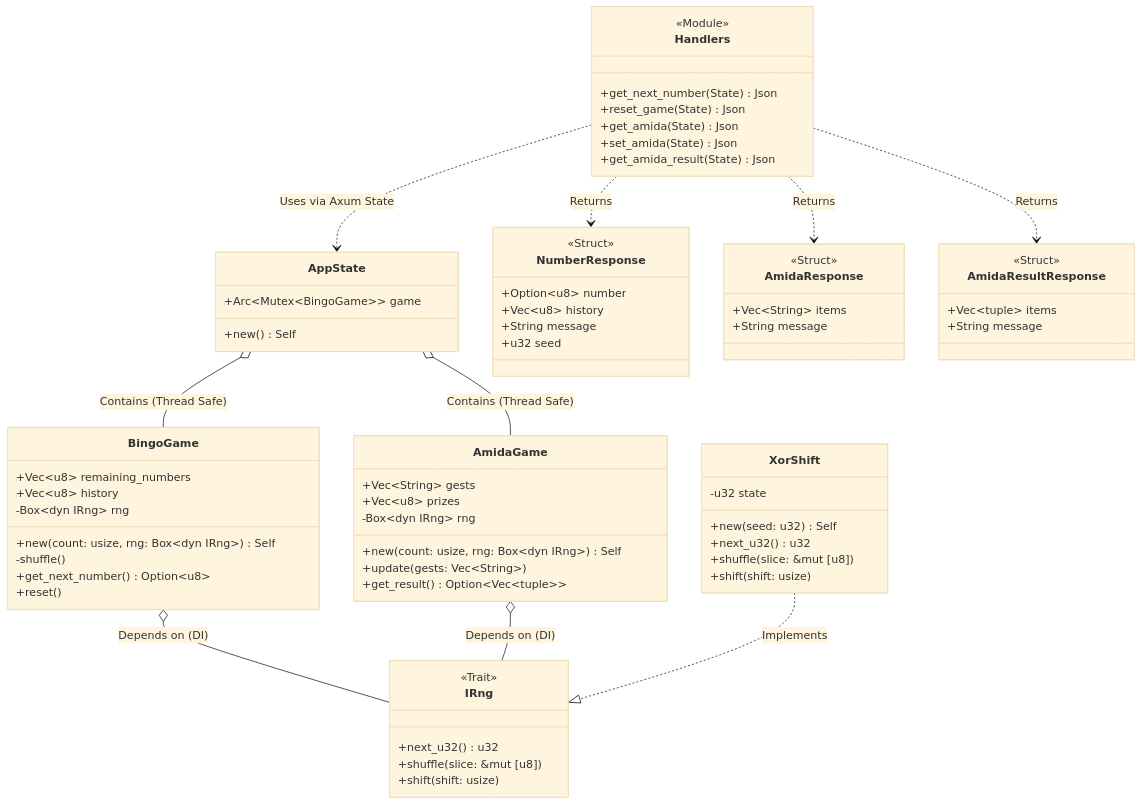
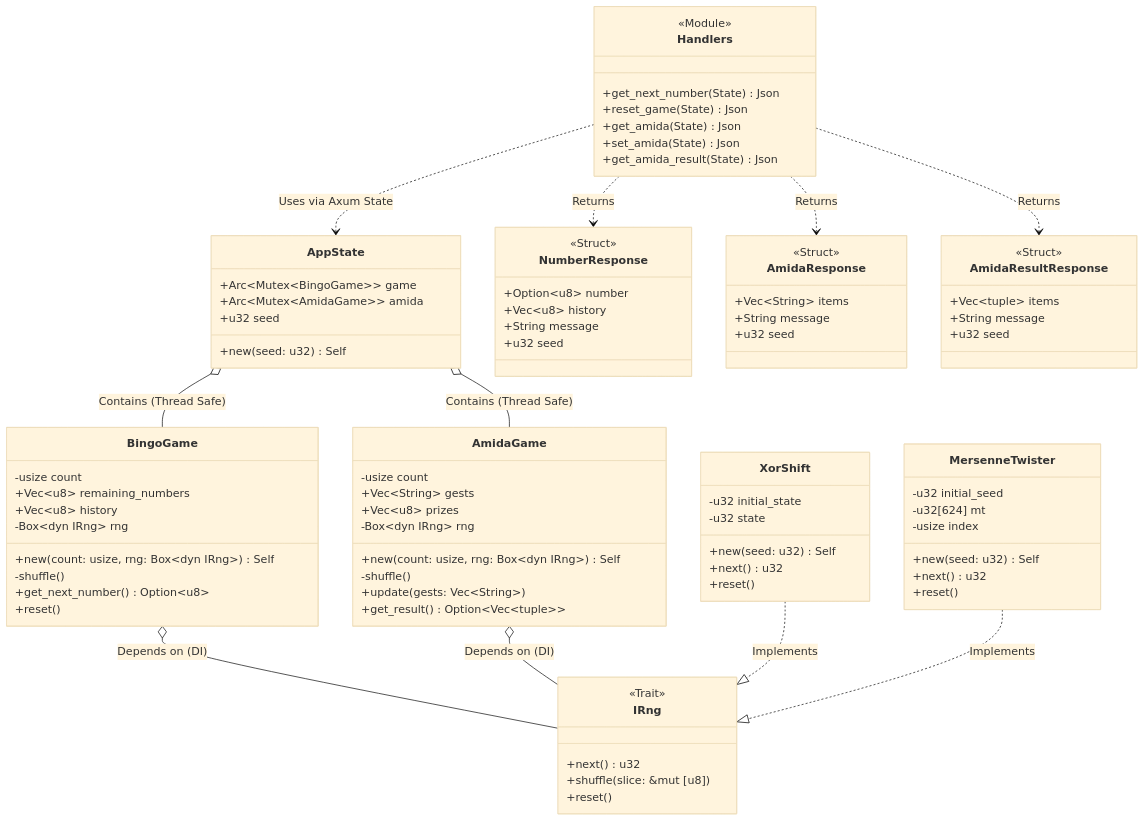
Before and after one commit to yasyasyu/bingo-server: the second of 5 diagrams in docs/ARCHITECTURE.md, drawn with Mermaid (base theme). The commit also changed other lines of this file and 6 other files, not shown here.

````diff
--- a/docs/ARCHITECTURE.md
+++ b/docs/ARCHITECTURE.md
@@ -38,25 +38,37 @@
 
     class AppState {
         +Arc~Mutex~BingoGame~~ game
-        +new() Self
+        +Arc~Mutex~AmidaGame~~ amida
+        +u32 seed
+        +new(seed: u32) Self
     }
 
     class IRng {
         <<Trait>>
-        +next_u32() u32
+        +next() u32
         +shuffle(slice: &mut [u8])
-        +shift(shift: usize)
+        +reset()
     }
 
     class XorShift {
+        -u32 initial_state
         -u32 state
         +new(seed: u32) Self
-        +next_u32() u32
-        +shuffle(slice: &mut [u8])
-        +shift(shift: usize)
+        +next() u32
+        +reset()
+    }
+
+    class MersenneTwister {
+        -u32 initial_seed
+        -u32[624] mt
+        -usize index
+        +new(seed: u32) Self
+        +next() u32
+        +reset()
     }
 
     class BingoGame {
+        -usize count
         +Vec~u8~ remaining_numbers
         +Vec~u8~ history
         -Box~dyn IRng~ rng
@@ -67,10 +79,12 @@
     }
 
     class AmidaGame {
+        -usize count
         +Vec~String~ gests
         +Vec~u8~ prizes
         -Box~dyn IRng~ rng
         +new(count: usize, rng: Box~dyn IRng~) Self
+        -shuffle()
         +update(gests: Vec~String~)
         +get_result() Option~Vec~tuple~~
     }
@@ -96,12 +110,14 @@
         <<Struct>>
         +Vec~String~ items
         +String message
+        +u32 seed
     }
 
     class AmidaResultResponse {
         <<Struct>>
         +Vec~tuple~ items
         +String message
+        +u32 seed
     }
 
     Handlers ..> AppState : Uses via Axum State
@@ -113,4 +129,5 @@
     BingoGame o-- IRng : Depends on (DI)
     AmidaGame o-- IRng : Depends on (DI)
     XorShift ..|> IRng : Implements
+    MersenneTwister ..|> IRng : Implements
 ```
````
